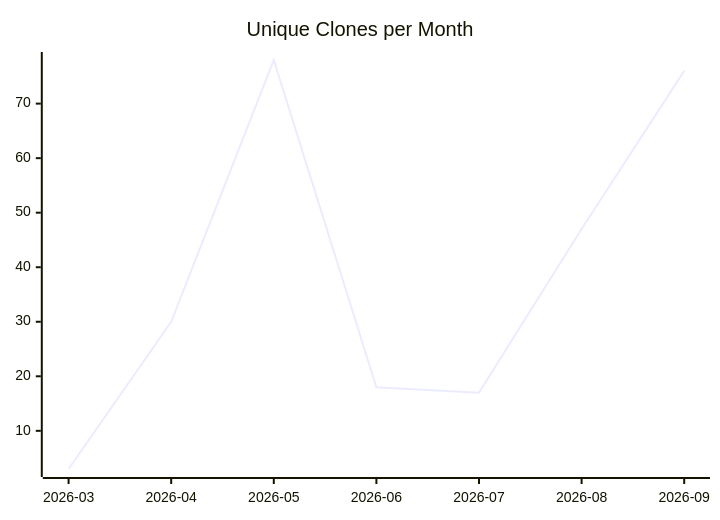
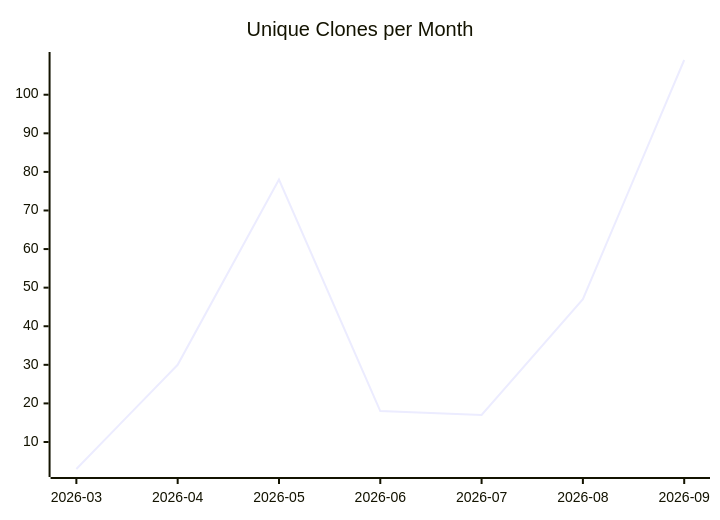
Before and after one commit to justdavis-family/github-analytics-data: the third of 3 diagrams in karlmdavis/justdavis-ansible/README.md, drawn with Mermaid. The commit also changed other lines of this file and 185 other files, not shown here.

````diff
--- a/karlmdavis/justdavis-ansible/README.md
+++ b/karlmdavis/justdavis-ansible/README.md
@@ -19,6 +19,6 @@
 ```mermaid
 xychart-beta
   title "Unique Clones per Month"
   x-axis ["2026-03", "2026-04", "2026-05", "2026-06", "2026-07", "2026-08", "2026-09"]
-  line [3, 30, 78, 18, 17, 47, 76]
+  line [3, 30, 78, 18, 17, 47, 109]
 ```
````
